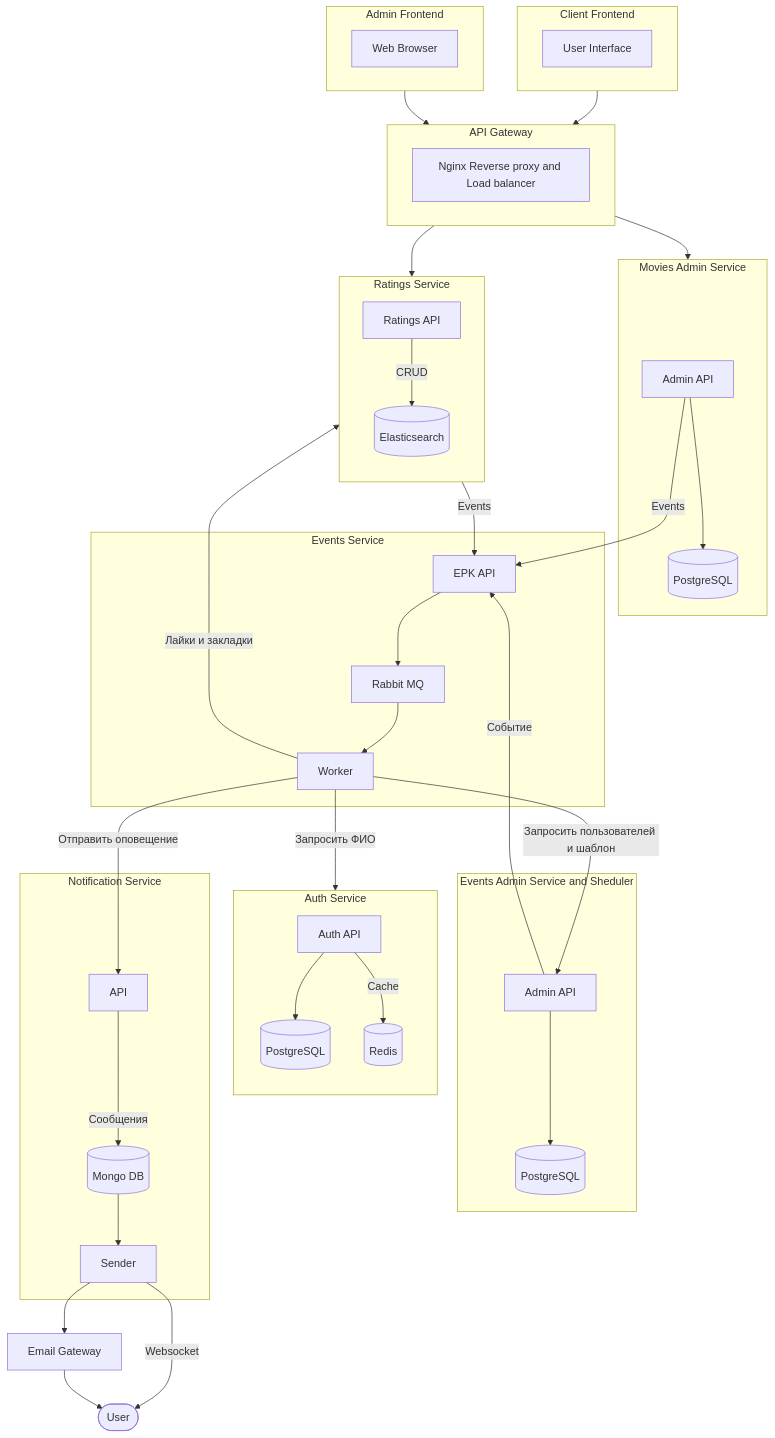
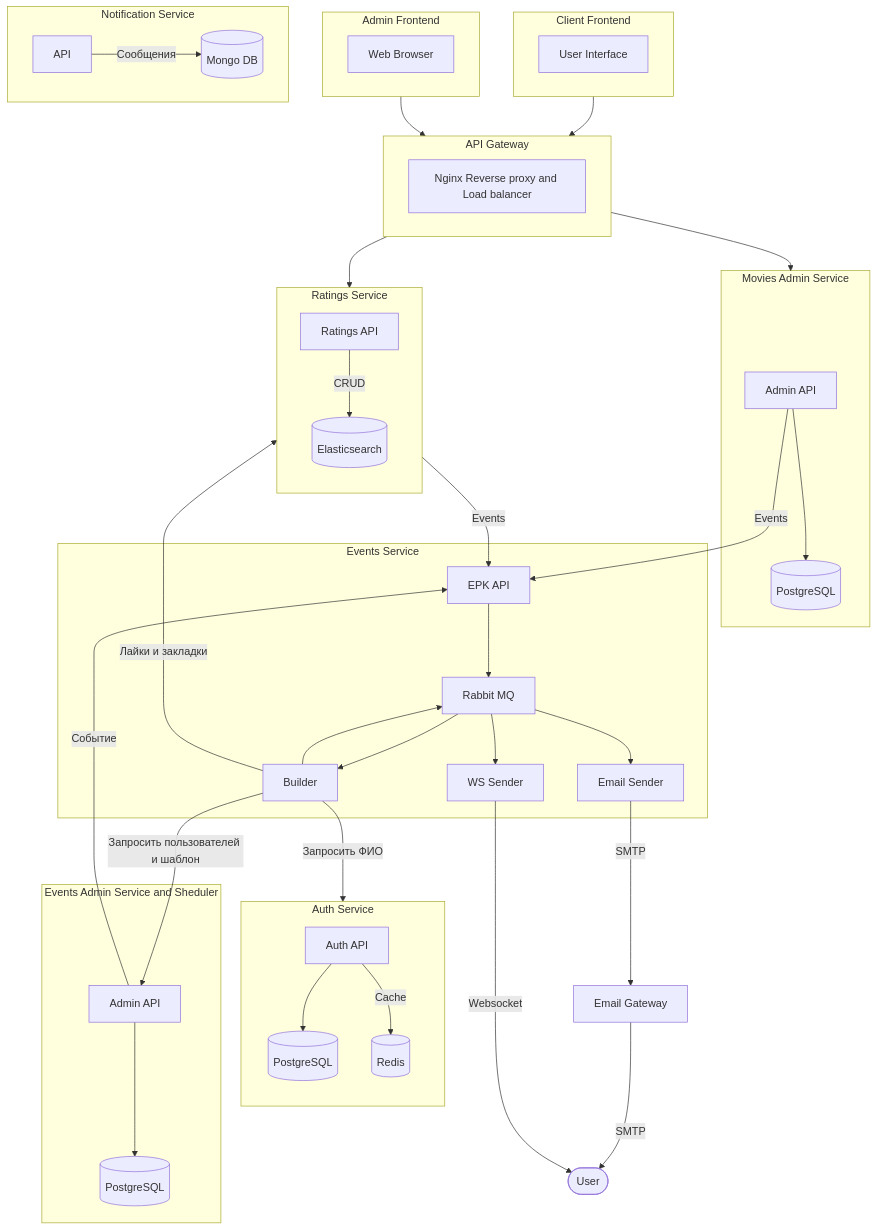
Before and after one commit to smb13/notifications_sprint_1: the diagram in reqs/solution_architecture_pechkin.md, drawn with Mermaid. The commit also changed 24 other files, not shown here.

Commit message:
move websocket sender to movies

````diff
--- a/reqs/solution_architecture_pechkin.md
+++ b/reqs/solution_architecture_pechkin.md
@@ -45,16 +45,19 @@
     subgraph EventsService[Events Service]
         EPKAPI[EPK API]
         Rabbit[Rabbit MQ]
-        Worker
+        WorkerBuilder[Builder]
+        WSSender["Sender"]
+        EmailSender["Sender"]
         EPKAPI --> Rabbit
-        Rabbit --> Worker
+        Rabbit --> WorkerBuilder
+        WorkerBuilder --> Rabbit
+        Rabbit --> WSSender[WS Sender]
+        Rabbit --> EmailSender[Email Sender]
     end
 
     subgraph EPKService[Notification Service]
         Mailer["API"]
-        Sender["Sender"]
         DB[(Mongo DB)]
-        DB --> Sender
         Mailer --Сообщения--> DB
     end
 
@@ -71,13 +74,13 @@
     
     adminInterface --Событие--> EPKAPI
 
-    Worker --Отправить оповещение--> Mailer
-    Worker --Запросить ФИО--> authAPI
-    Worker --Лайки и закладки--> ratingsAPI
-    Worker --Запросить пользователей и шаблон--> adminInterface
+%%    EmailSender --Отправить оповещение--> Mailer
+    WorkerBuilder --Запросить ФИО--> authAPI
+    WorkerBuilder --Лайки и закладки--> ratingsAPI
+    WorkerBuilder --Запросить пользователей и шаблон--> adminInterface
     
-    Sender --> Gateway["Email Gateway"]
-    Sender --Websocket--> User
-    Gateway --> User([User])
+    EmailSender --SMTP--> Gateway["Email Gateway"]
+    Gateway --SMTP--> User([User])
+    WSSender --Websocket--> User
 
 ```
````
